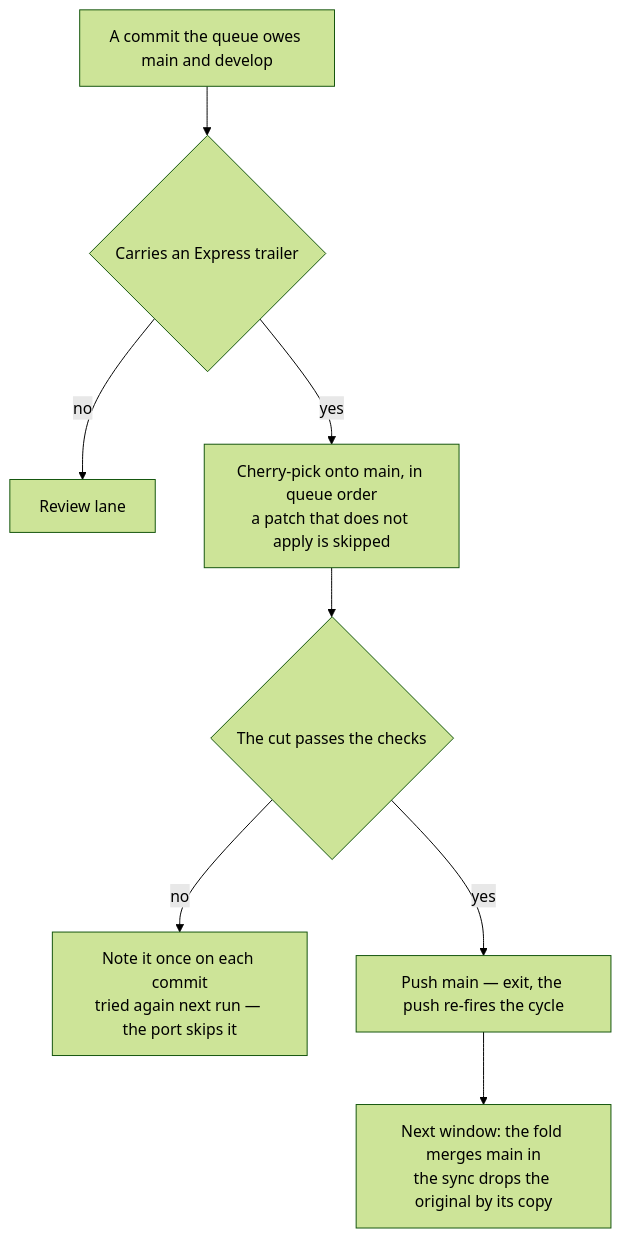
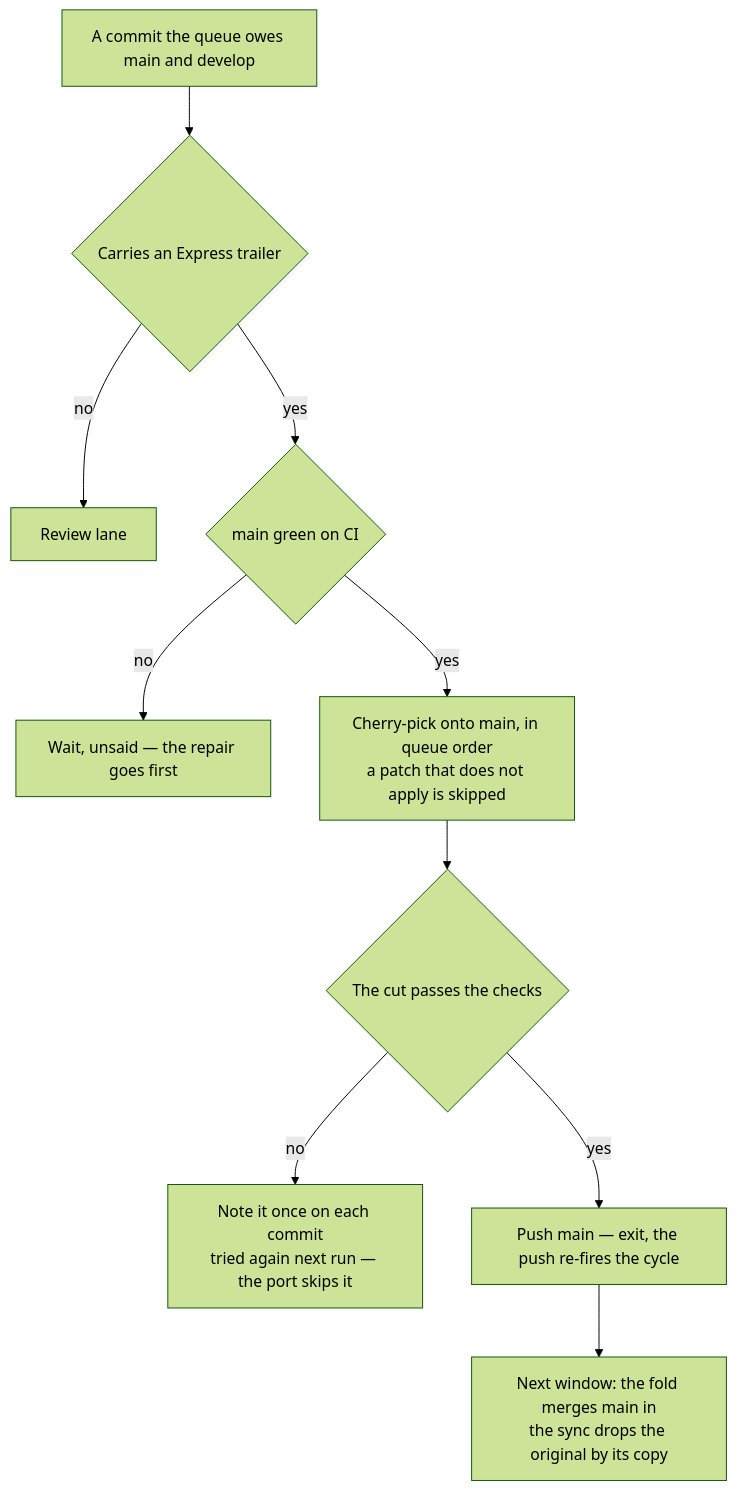
The diagram in apps/web/content/docs/infra/review-collector/express-lane.md (Esposter/Esposter), drawn with Mermaid (forest theme) before and after one commit. The commit also changed other lines of this file and 40 other files, not shown here.

````diff
--- a/apps/web/content/docs/infra/review-collector/express-lane.md
+++ b/apps/web/content/docs/infra/review-collector/express-lane.md
@@ -19,10 +19,12 @@
 ```mermaid
 flowchart TD
   C[A commit the queue owes main and develop] --> T{Carries an Express trailer}
   T -->|no| RV[Review lane]
-  T -->|yes| EX[Cherry-pick onto main, in queue order<br/>a patch that does not apply is skipped]
+  T -->|yes| MR{main green on CI}
+  MR -->|no| W[Wait, unsaid — the repair goes first]
+  MR -->|yes| EX[Cherry-pick onto main, in queue order<br/>a patch that does not apply is skipped]
   EX --> V{The cut passes the checks}
   V -->|no| RD[Note it once on each commit<br/>tried again next run — the port skips it]
   V -->|yes| PU[Push main — exit, the push re-fires the cycle]
   PU --> FO[Next window: the fold merges main in<br/>the sync drops the original by its copy]
 ```
````
